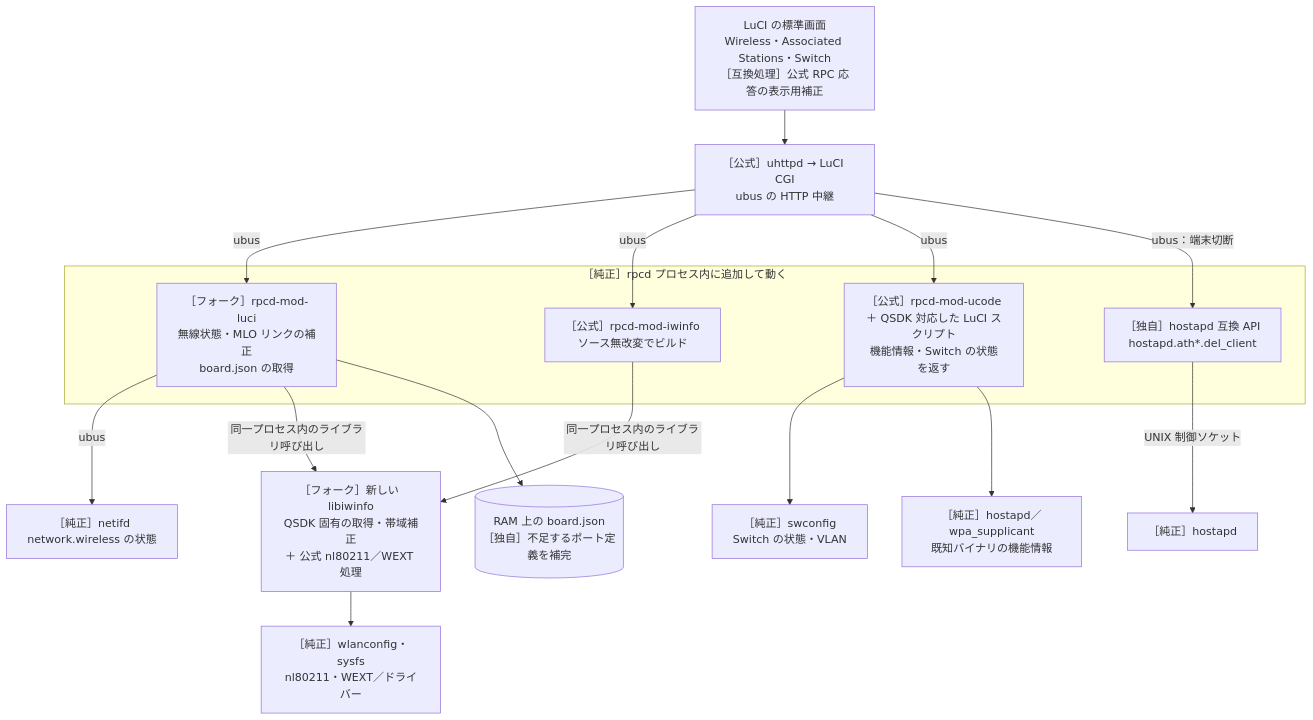
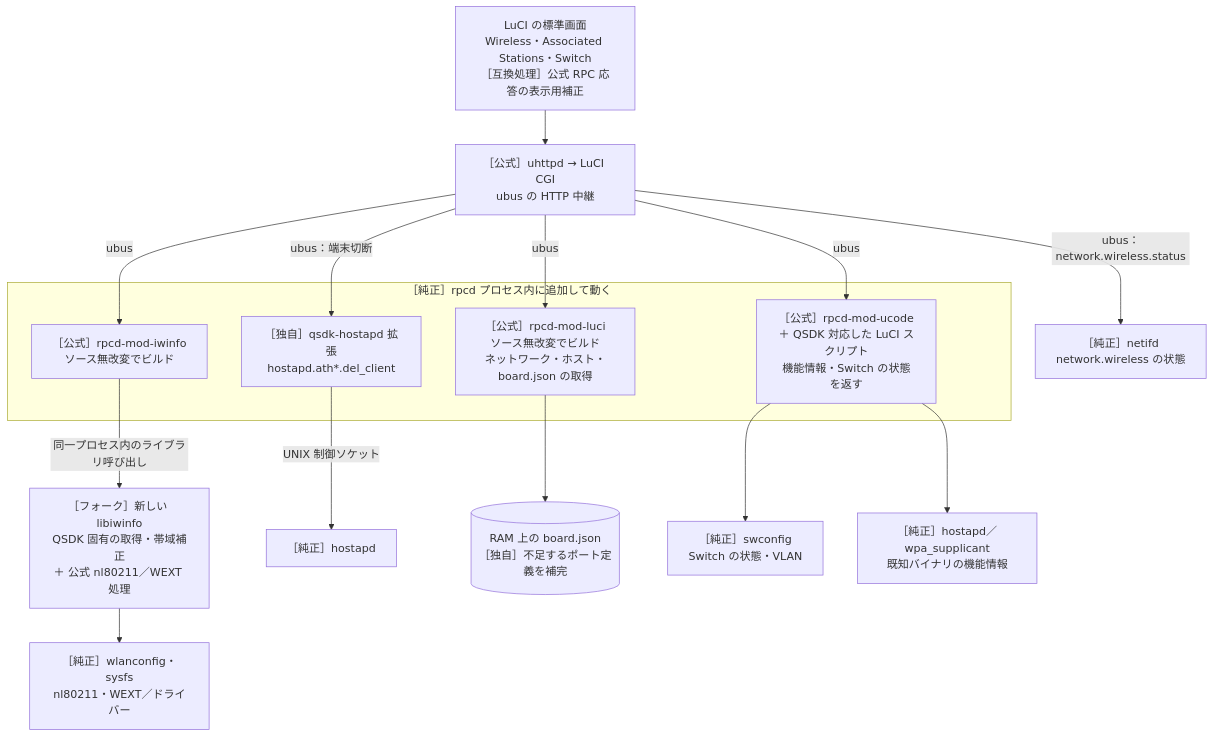
Before and after one commit to onokatio/luci: the second of 4 diagrams in README.md, drawn with Mermaid. The commit also changed other lines of this file and 11 other files, not shown here.

````diff
--- a/README.md
+++ b/README.md
@@ -66,34 +66,33 @@
 ```mermaid
 flowchart TD
     UI["LuCI の標準画面<br/>Wireless・Associated Stations・Switch<br/>［互換処理］公式 RPC 応答の表示用補正"]
     HTTP["［公式］uhttpd → LuCI CGI<br/>ubus の HTTP 中継"]
 
     subgraph RPC["［純正］rpcd プロセス内に追加して動く"]
-        LRPC["［フォーク］rpcd-mod-luci<br/>無線状態・MLO リンクの補正<br/>board.json の取得"]
+        LRPC["［公式］rpcd-mod-luci<br/>ソース無改変でビルド<br/>ネットワーク・ホスト・board.json の取得"]
         IRPC["［公式］rpcd-mod-iwinfo<br/>ソース無改変でビルド"]
         URPC["［公式］rpcd-mod-ucode<br/>＋ QSDK 対応した LuCI スクリプト<br/>機能情報・Switch の状態を返す"]
-        DISCONNECT["［独自］hostapd 互換 API<br/>hostapd.ath*.del_client"]
+        DISCONNECT["［独自］qsdk-hostapd 拡張<br/>hostapd.ath*.del_client"]
     end
 
     IW["［フォーク］新しい libiwinfo<br/>QSDK 固有の取得・帯域補正<br/>＋ 公式 nl80211／WEXT 処理"]
     NET["［純正］netifd<br/>network.wireless の状態"]
     NATIVE["［純正］wlanconfig・sysfs<br/>nl80211・WEXT／ドライバー"]
     HOST["［純正］hostapd"]
     BOARD[("RAM 上の board.json<br/>［独自］不足するポート定義を補完")]
     SW["［純正］swconfig<br/>Switch の状態・VLAN"]
     BIN["［純正］hostapd／wpa_supplicant<br/>既知バイナリの機能情報"]
 
     UI --> HTTP
     HTTP -->|"ubus"| LRPC
     HTTP -->|"ubus"| IRPC
     HTTP -->|"ubus"| URPC
     HTTP -->|"ubus：端末切断"| DISCONNECT
-    LRPC -->|"ubus"| NET
-    LRPC -->|"同一プロセス内のライブラリ呼び出し"| IW
+    HTTP -->|"ubus：network.wireless.status"| NET
     IRPC -->|"同一プロセス内のライブラリ呼び出し"| IW
     IW --> NATIVE
     LRPC --> BOARD
     URPC --> SW
     URPC --> BIN
     DISCONNECT -->|"UNIX 制御ソケット"| HOST
 ```
````
